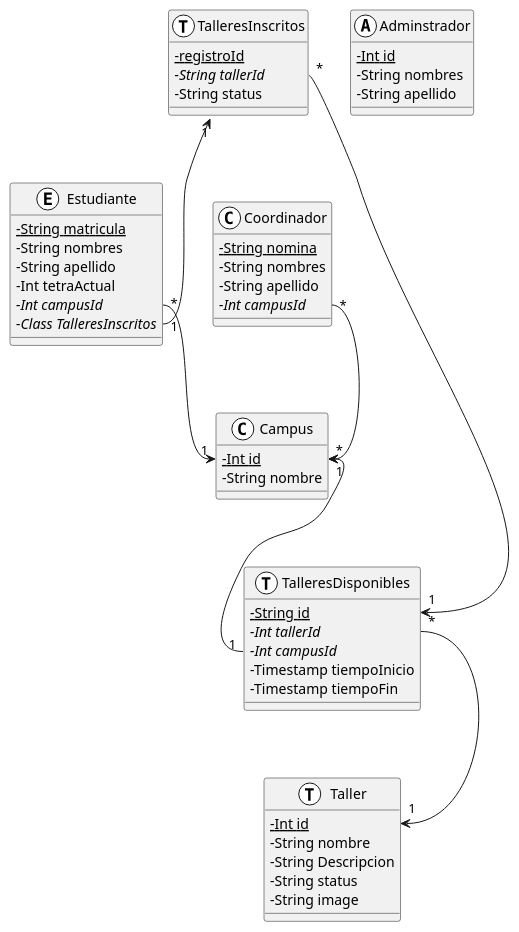
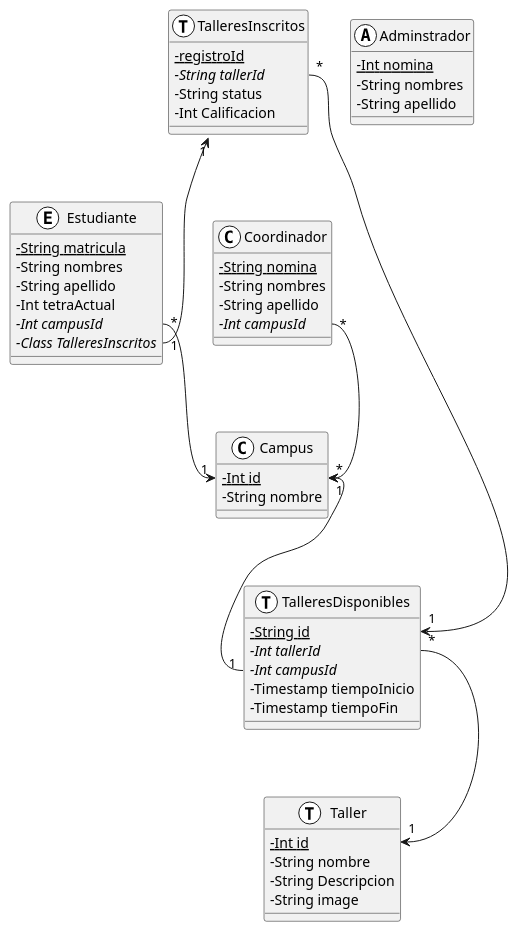
The diagram in Reto/Base de datos.md (facund015/codeRelatedObsidianNotes), drawn with PlantUML before and after one commit.

Commit message:
vault backup: 2021-10-14 19:49:26

````diff
--- a/Reto/Base de datos.md
+++ b/Reto/Base de datos.md
@@ -2,64 +2,64 @@
 ```plantuml
 @startuml
 skinparam classAttributeIconSize 0
 
 class Campus <<(C,white)>> {
 	{static} -Int id
 	-String nombre
 }
 class Adminstrador <<(A,white)>> {
-	{static} -Int id
+	{static} -Int nomina
 	-String nombres
 	-String apellido
 }
 class Coordinador <<(C,white)>> {
 	{static} -String nomina
 	-String nombres
 	-String apellido
 	{abstract} -Int campusId
 }
 class Estudiante <<(E,white)>> {
 	{static} - String matricula
 	-String nombres
 	-String apellido
 	-Int tetraActual
 	{abstract} -Int campusId
 	{abstract} -Class TalleresInscritos
 }
 class Taller <<(T,white)>> {
     {static} -Int id 
     - String nombre
 	- String Descripcion
-    - String status
     - String image
 }
 class TalleresDisponibles <<(T, white)>> {
 	{static} -String id
 	{abstract} -Int tallerId
 	{abstract} -Int campusId
 	-Timestamp tiempoInicio
 	-Timestamp tiempoFin
 }
 class TalleresInscritos <<(T,white)>> {
 	{static} -registroId 
 	{abstract} -String tallerId
 	-String status
+	-Int Calificacion
 }
 
 
 
 
 
 
 
 
 
 TalleresInscritos "1" <-- "1" Estudiante::TalleresInscritos
 TalleresInscritos::tallerId "*" --> "1" TalleresDisponibles::id
 TalleresDisponibles::tallerId "*" --> "1" Taller::id
 Campus::id "*" <-- "1" TalleresDisponibles::campusId
 Estudiante::campusId "*" --> "1" Campus::id
 Coordinador::campusId "*" --> "1" Campus::id 
 
 @enduml
 ```
````
